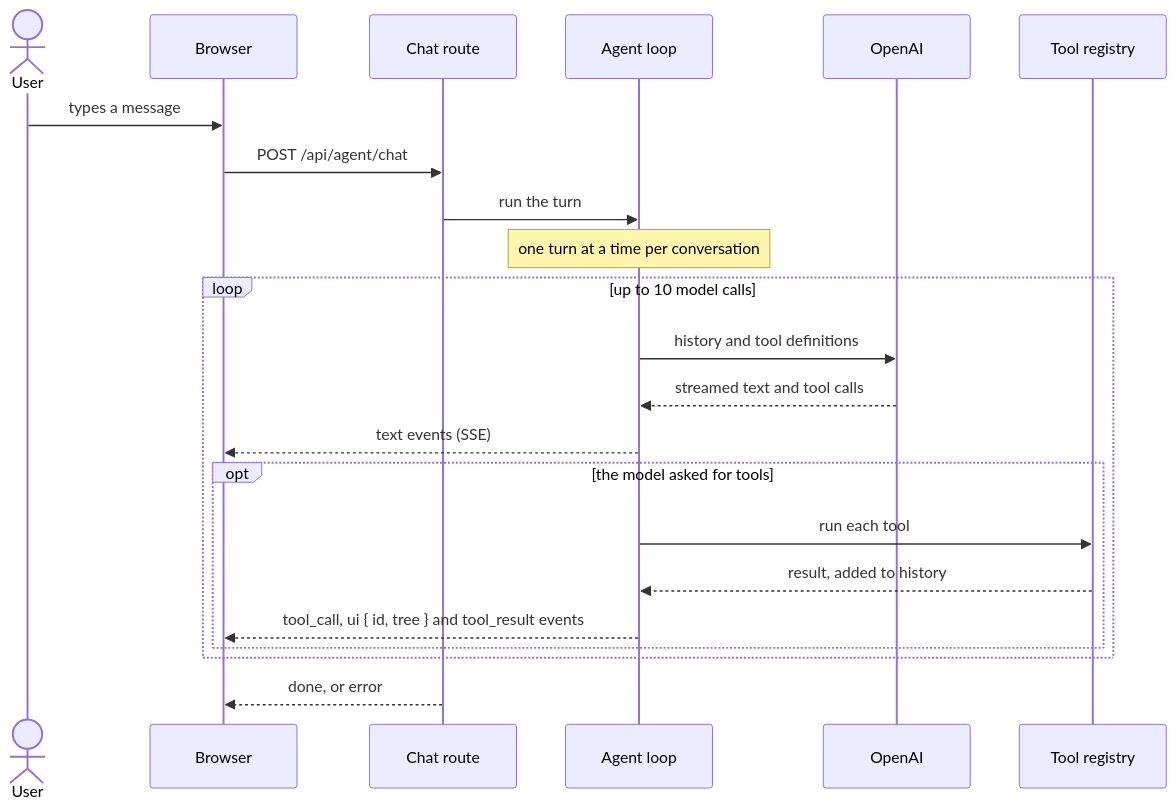
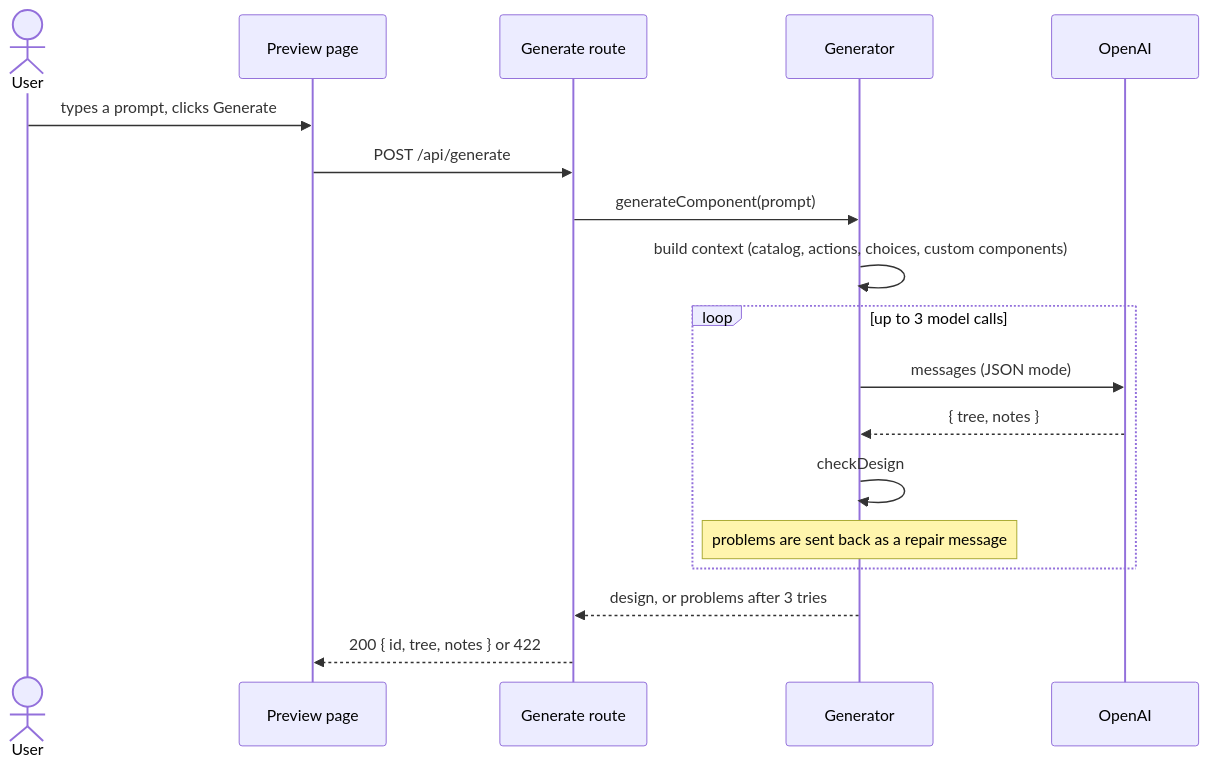
The second of 3 diagrams in docs/ARCHITECTURE.md (daniel-citrus/genui-prototype), drawn with Mermaid before and after one commit. The commit also changed other lines of this file and 2 other files, not shown here.

First line of the commit message:
Describe the generator in the README and architecture docs

````diff
--- a/docs/ARCHITECTURE.md
+++ b/docs/ARCHITECTURE.md
@@ -175,25 +110,21 @@
 ```mermaid
 sequenceDiagram
   actor User
-  participant B as Browser
-  participant R as Chat route
-  participant L as Agent loop
+  participant P as Preview page
+  participant R as Generate route
+  participant G as Generator
   participant O as OpenAI
-  participant T as Tool registry
 
-  User->>B: types a message
-  B->>R: POST /api/agent/chat
-  R->>L: run the turn
-  Note over L: one turn at a time per conversation
-  loop up to 10 model calls
-    L->>O: history and tool definitions
-    O-->>L: streamed text and tool calls
-    L-->>B: text events (SSE)
-    opt the model asked for tools
-      L->>T: run each tool
-      T-->>L: result, added to history
-      L-->>B: tool_call, ui { id, tree } and tool_result events
-    end
+  User->>P: types a prompt, clicks Generate
+  P->>R: POST /api/generate
+  R->>G: generateComponent(prompt)
+  G->>G: build context (catalog, actions, choices, custom components)
+  loop up to 3 model calls
+    G->>O: messages (JSON mode)
+    O-->>G: { tree, notes }
+    G->>G: checkDesign
+    Note over G: problems are sent back as a repair message
   end
-  R-->>B: done, or error
+  G-->>R: design, or problems after 3 tries
+  R-->>P: 200 { id, tree, notes } or 422
 ```
````
